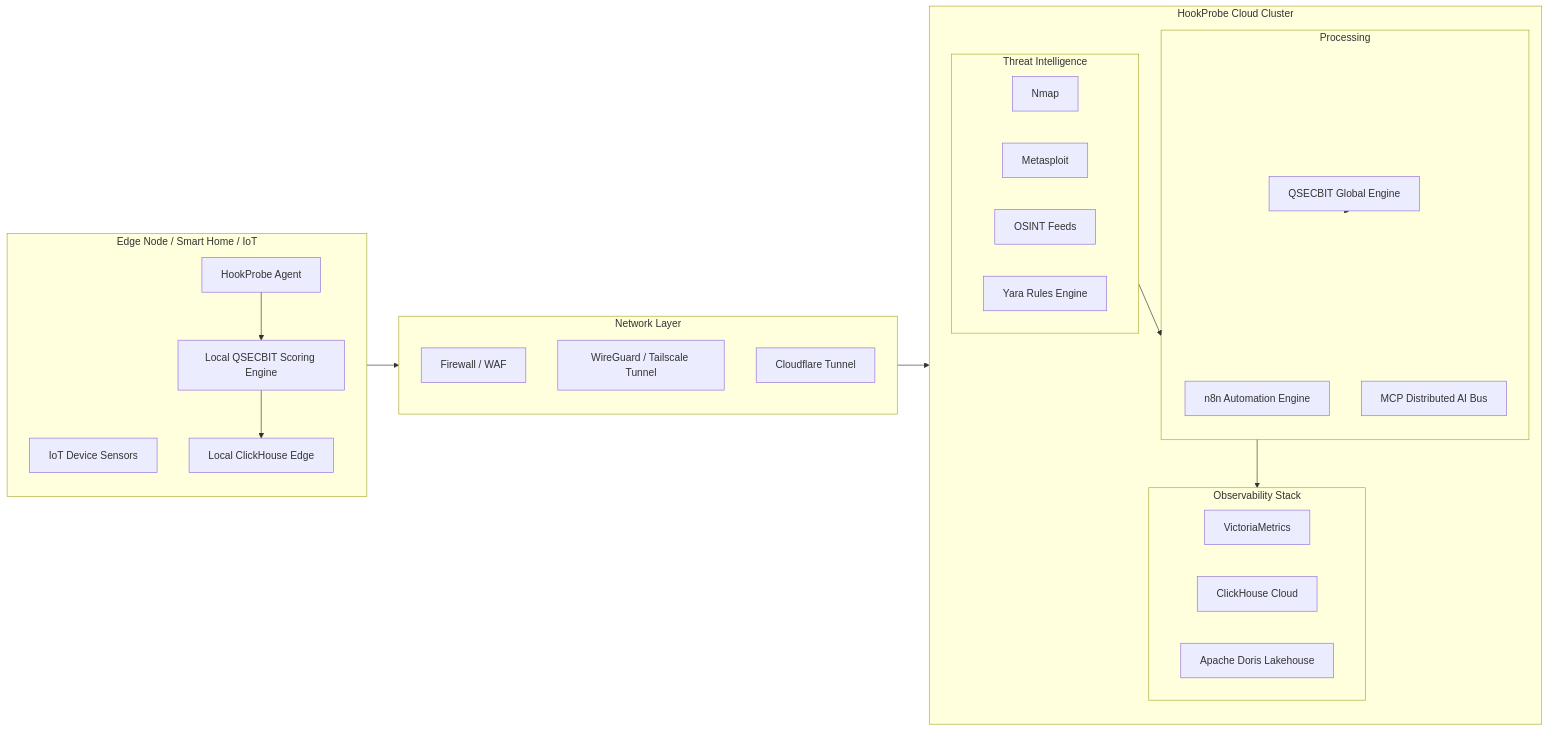
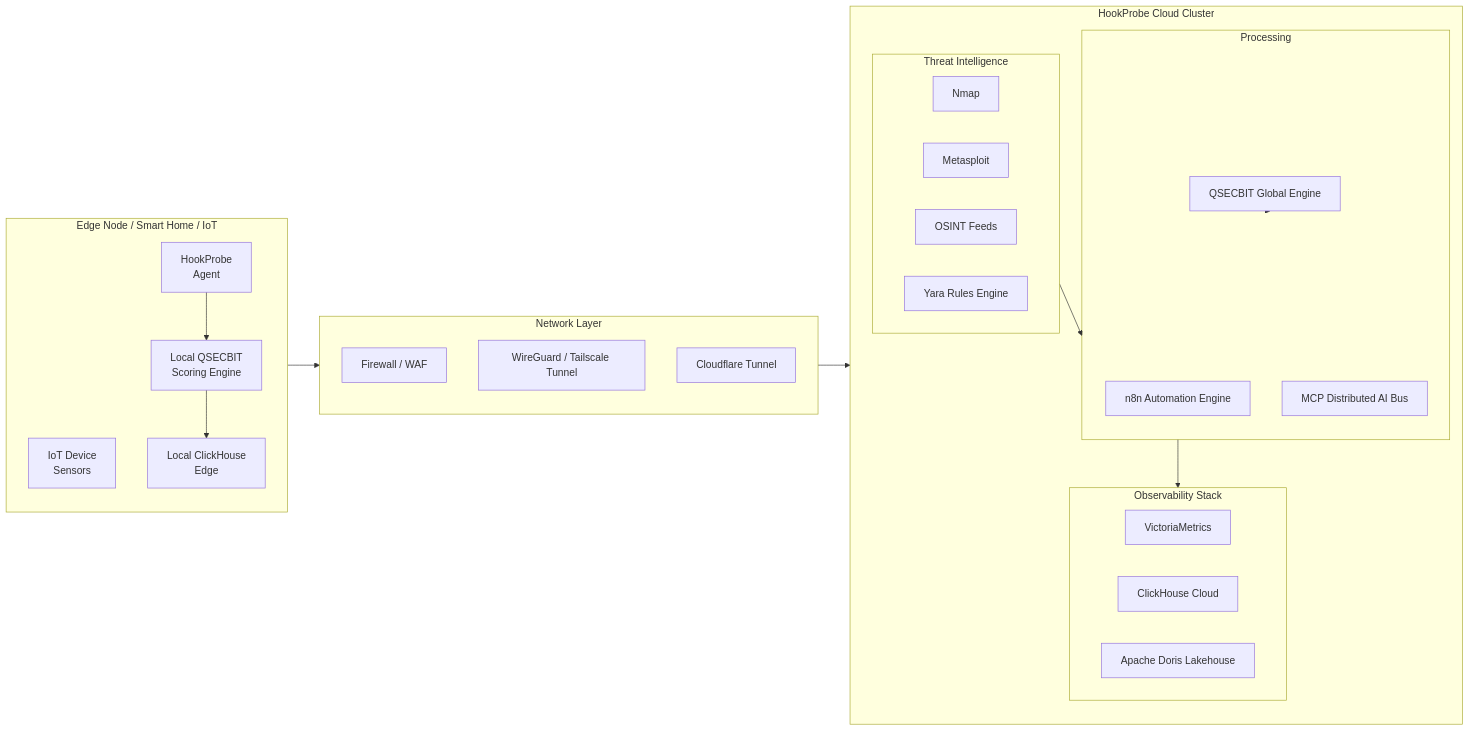
One commit to hookprobe/hookprobe changed the first of 5 diagrams in install/addons/n8n/AUTOMATION.md. Above: the diagram before and after it, drawn with Mermaid. The commit also changed other lines of this file, not shown here.

First line of the commit message:
Refactor Mermaid diagrams for automation documentation

````diff
--- a/install/addons/n8n/AUTOMATION.md
+++ b/install/addons/n8n/AUTOMATION.md
@@ -19,43 +19,46 @@
-```mermaid
+```mermaid 
 flowchart LR
     subgraph EDGE["Edge Node / Smart Home / IoT"]
-        E1[IoT Device Sensors]
-        E2[HookProbe Agent]
-        E3[Local QSECBIT Scoring Engine]
-        E4[Local ClickHouse Edge]
-        E2 --> E3 --> E4
+        E1["IoT Device<br>Sensors"]
+        E2["HookProbe<br>Agent"]
+        E3["Local QSECBIT<br>Scoring Engine"]
+        E4["Local ClickHouse<br>Edge"]
+        E2 --> E3
+        E3 --> E4
     end
 
     subgraph NETWORK["Network Layer"]
-        FW[Firewall / WAF]
-        TUN[WireGuard / Tailscale Tunnel]
-        CF[Cloudflare Tunnel]
+        FW["Firewall / WAF"]
+        TUN["WireGuard / Tailscale Tunnel"]
+        CF["Cloudflare Tunnel"]
     end
 
-    EDGE --> NETWORK --> CLOUD
+    EDGE --> NETWORK
+    NETWORK --> CLOUD
 
     subgraph CLOUD["HookProbe Cloud Cluster"]
         subgraph OBS["Observability Stack"]
-            VM[VictoriaMetrics]
-            CH[ClickHouse Cloud]
-            DORIS[Apache Doris Lakehouse]
+            VM["VictoriaMetrics"]
+            CH["ClickHouse Cloud"]
+            DORIS["Apache Doris Lakehouse"]
         end
 
         subgraph PROC["Processing"]
-            N8N[n8n Automation Engine]
-            MCP[MCP Distributed AI Bus]
-            QAI[QSECBIT Global Engine]
+            N8N["n8n Automation Engine"]
+            MCP["MCP Distributed AI Bus"]
+            QAI["QSECBIT Global Engine"]
         end
 
         subgraph THREAT["Threat Intelligence"]
-            NMAP[Nmap]
-            MSF[Metasploit]
-            OSINT[OSINT Feeds]
-            YAR[Yara Rules Engine]
+            NMAP["Nmap"]
+            MSF["Metasploit"]
+            OSINT["OSINT Feeds"]
+            YAR["Yara Rules Engine"]
         end
 
         PROC --> OBS
         THREAT --> PROC
         QAI --> PROC
     end
+
 ```
````
